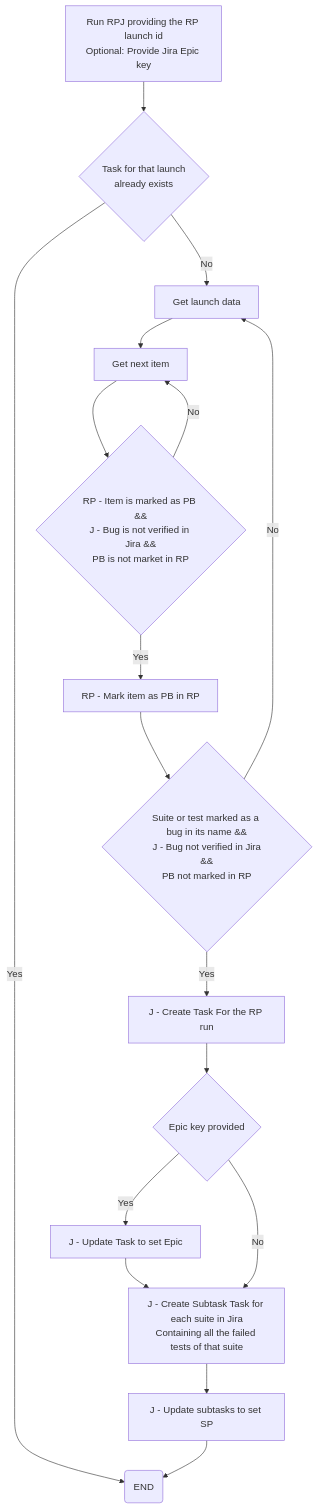
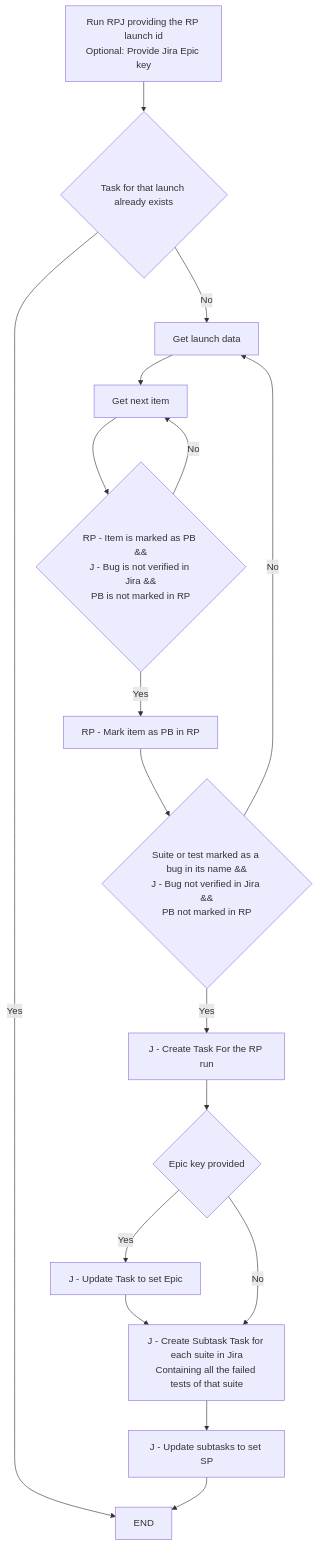
Before and after one commit to abrugaro/rp-jira-sync: the diagram in README.md, drawn with Mermaid.

Commit message:
feat:mermaid flow diagram

````diff
--- a/README.md
+++ b/README.md
@@ -41,23 +41,23 @@
 ```mermaid
 flowchart TD
-    A[Run RPJ providing the RP launch id\nOptional: Provide Jira Epic key] --> B
-    B{Task for that launch\n already exists}
-    B --> |Yes| Z
-    B --> |No| C
-    C[Get launch data] --> D
-    D[Get next item] --> E
-    E{RP - Item is marked as PB &&\nJ - Bug is not verified in Jira &&\nPB is not market in RP}
-    E --> |No| D
-    E --> |Yes| F
-    F[RP - Mark item as PB in RP] --> G
-    G{Suite or test marked as a bug in its name &&\n J - Bug not verified in Jira &&\nPB not marked in RP}
-    G --> |No| C
-    G --> |Yes| H
-    H[J - Create Task For the RP run] --> I
-    I{Epic key provided} 
-    I --> |Yes| J[J - Update Task to set Epic] --> K
-    I --> |No| K
-    K[J - Create Subtask Task for each suite in Jira\nContaining all the failed tests of that suite] --> L
-    L[J - Update subtasks to set SP] --> Z
-    Z(END)
+   A[Run RPJ providing the RP launch id\nOptional: Provide Jira Epic key] --> B
+   B{Task for that launch already exists}
+   B --> |Yes| Z
+   B --> |No| C
+   C[Get launch data] --> D
+   D[Get next item] --> E
+   E{RP - Item is marked as PB &&\nJ - Bug is not verified in Jira &&\nPB is not marked in RP}
+   E --> |No| D
+   E --> |Yes| F
+   F[RP - Mark item as PB in RP] --> G
+   G{Suite or test marked as a bug in its name &&\nJ - Bug not verified in Jira &&\nPB not marked in RP}
+   G --> |No| C
+   G --> |Yes| H
+   H[J - Create Task For the RP run] --> I
+   I{Epic key provided}
+   I --> |Yes| J[J - Update Task to set Epic] --> K
+   I --> |No| K
+   K[J - Create Subtask Task for each suite in Jira\nContaining all the failed tests of that suite] --> L
+   L[J - Update subtasks to set SP] --> Z
+   Z[END]
 ```
````
